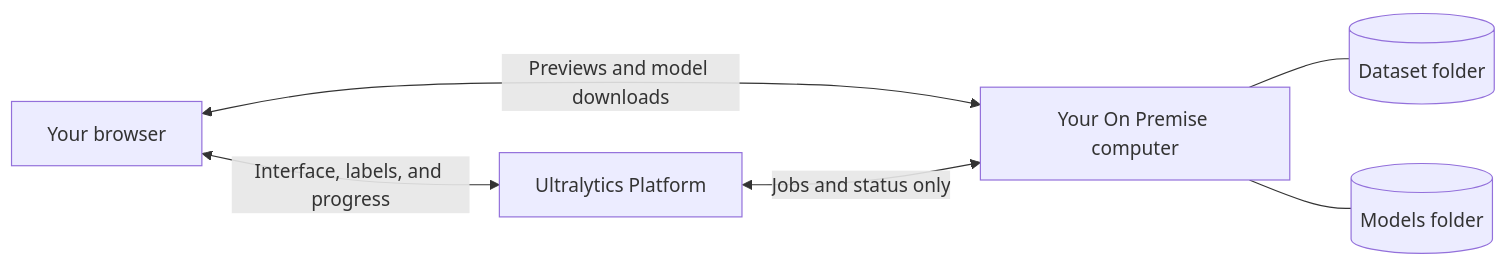
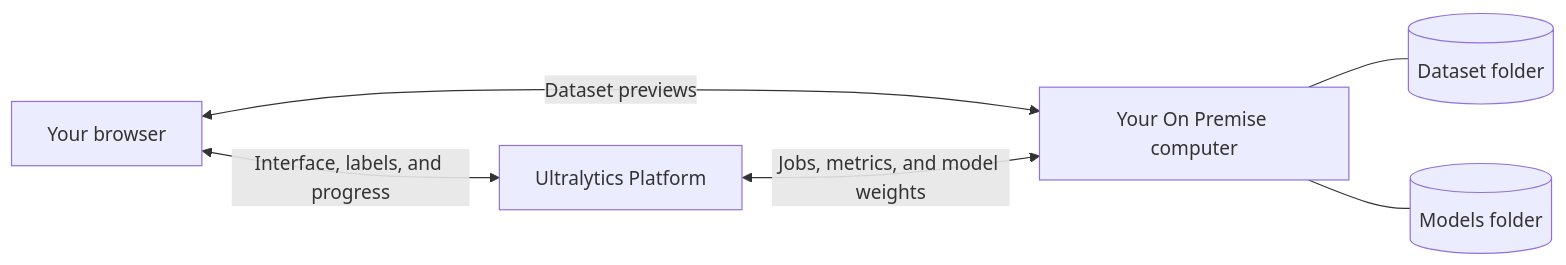
One commit to himanshunaidu/orddc2024_yolo_sidewalk changed the diagram in orddc2024/predictors/yolo26/docs/en/platform/integrations/on-premise.md. Above: the diagram before and after it, drawn with Mermaid. The commit also changed other lines of this file and 538 other files, not shown here.

````diff
--- a/orddc2024/predictors/yolo26/docs/en/platform/integrations/on-premise.md
+++ b/orddc2024/predictors/yolo26/docs/en/platform/integrations/on-premise.md
@@ -16,8 +20,8 @@
 ```mermaid
 flowchart LR
     A[Your browser] <-->|Interface, labels, and progress| B[Ultralytics Platform]
-    A <-->|Previews and model downloads| C[Your On Premise computer]
-    B <-->|Jobs and status only| C
+    A <-->|Dataset previews| C[Your On Premise computer]
+    B <-->|Jobs, metrics, and model weights| C
     C --- D[(Dataset folder)]
     C --- E[(Models folder)]
 ```
````
